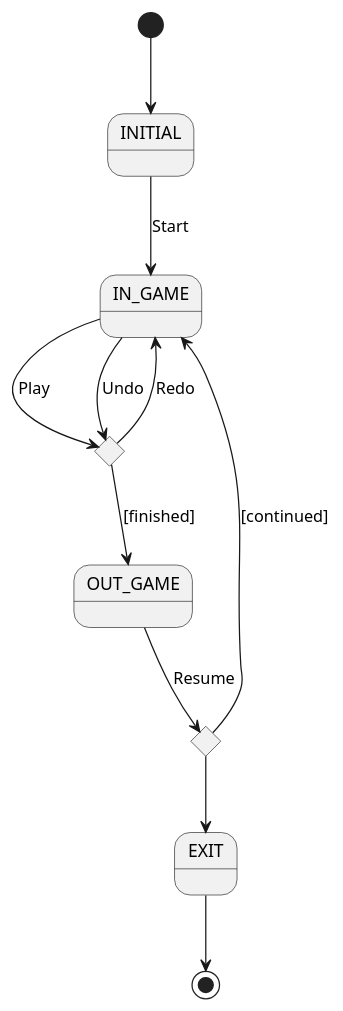
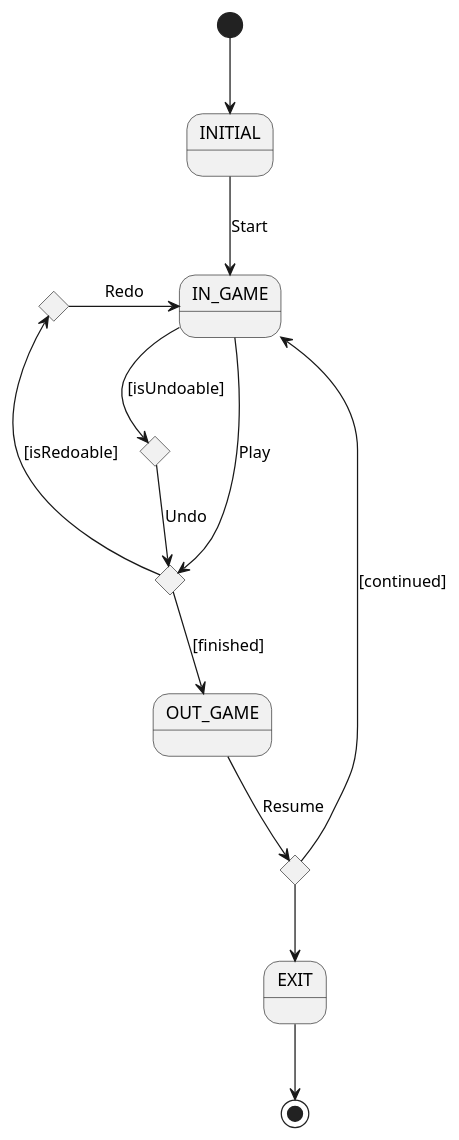
Before and after one commit to JordyPiedra/patterns-master: the diagram in uml/RUP/stateDiagram.puml, drawn with PlantUML. The commit also changed 1 other file, not shown here.

```diff
--- a/uml/RUP/stateDiagram.puml
+++ b/uml/RUP/stateDiagram.puml
@@ -1,23 +1,31 @@
 @startuml
 
 state INITIAL
 state IN_GAME
 state OUT_GAME
 state EXIT
+state if_undoable <<choice>>
+state if_redoable <<choice>>
+
 state if_finished <<choice>>
 state if_resume <<choice>>
 
 [*] --> INITIAL
 INITIAL --> IN_GAME: Start
 IN_GAME --> if_finished: Play
-IN_GAME --> if_finished: Undo
-if_finished --> IN_GAME: Redo
+
+
+IN_GAME  --> if_undoable: [isUndoable]
+if_undoable --> if_finished: Undo
+
+if_finished --> if_redoable: [isRedoable]
+if_redoable -> IN_GAME: Redo
 
 if_finished --> OUT_GAME: [finished]
 OUT_GAME --> if_resume: Resume
 if_resume --> IN_GAME: [continued]
 if_resume --> EXIT
 
 EXIT --> [*]
 
 @enduml
```
